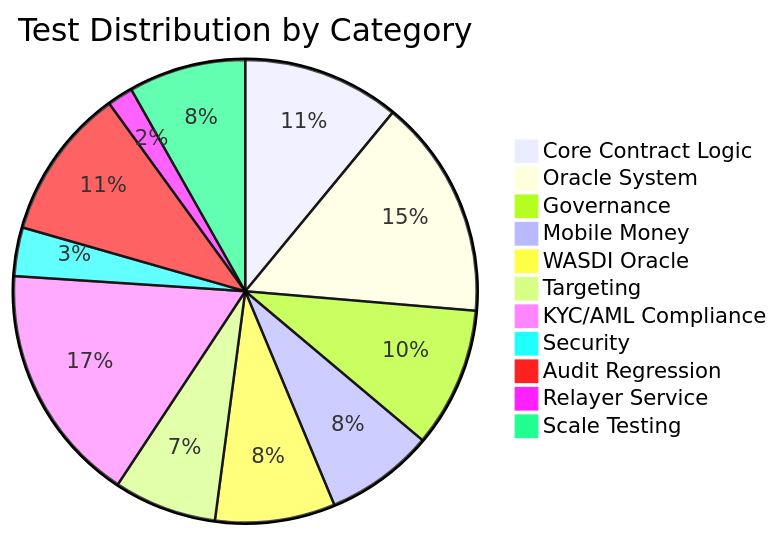
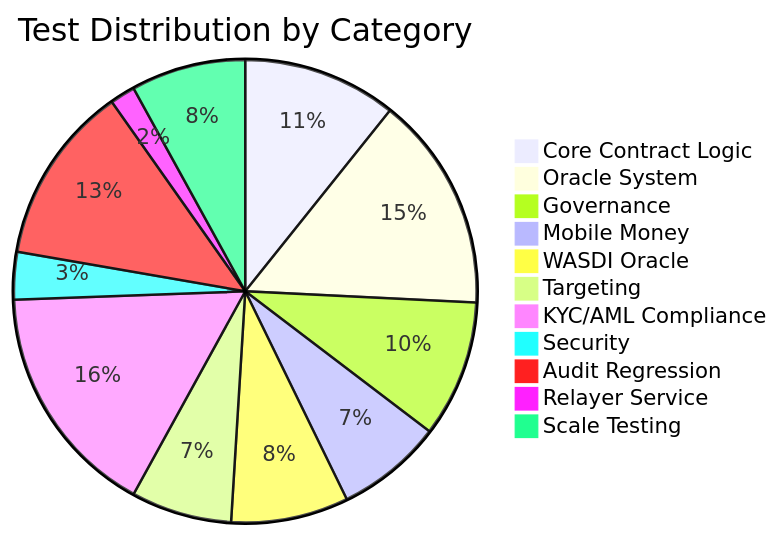
The diagram in docs/SMART_CONTRACT_TEST_RESULTS.md (loxadim/flood-prediction-smart-contract), drawn with Mermaid before and after one commit. The commit also changed other lines of this file and 7 other files, not shown here.

````diff
--- a/docs/SMART_CONTRACT_TEST_RESULTS.md
+++ b/docs/SMART_CONTRACT_TEST_RESULTS.md
@@ -98,14 +99,14 @@
 ```mermaid
 pie title Test Distribution by Category
     "Core Contract Logic" : 55
     "Oracle System" : 77
     "Governance" : 49
     "Mobile Money" : 38
     "WASDI Oracle" : 42
     "Targeting" : 36
     "KYC/AML Compliance" : 84
     "Security" : 17
-    "Audit Regression" : 53
+    "Audit Regression" : 64
     "Relayer Service" : 9
     "Scale Testing" : 41
 ```
````
